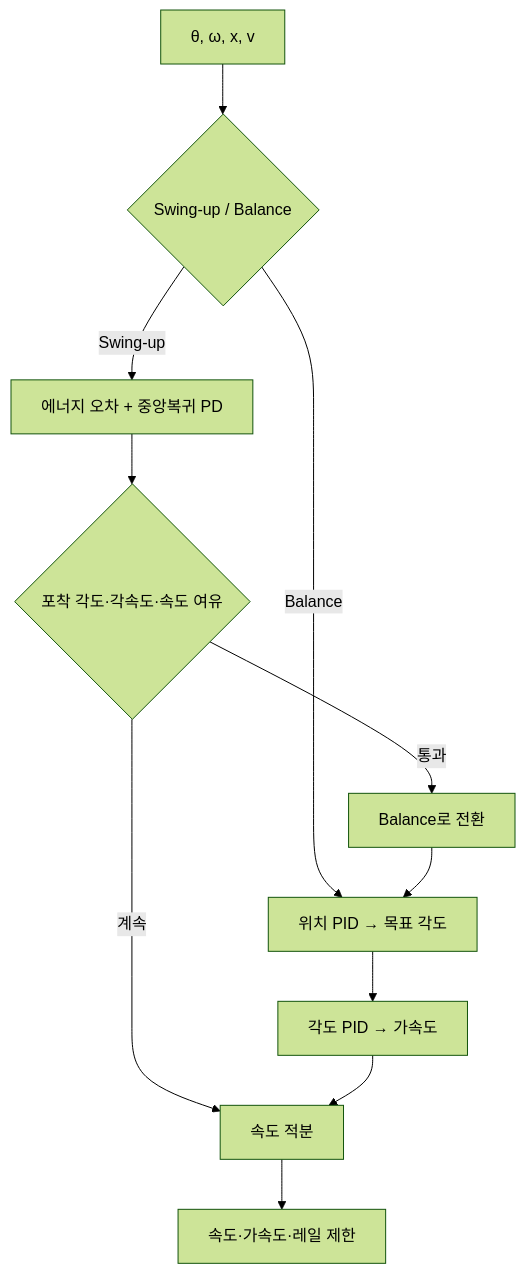
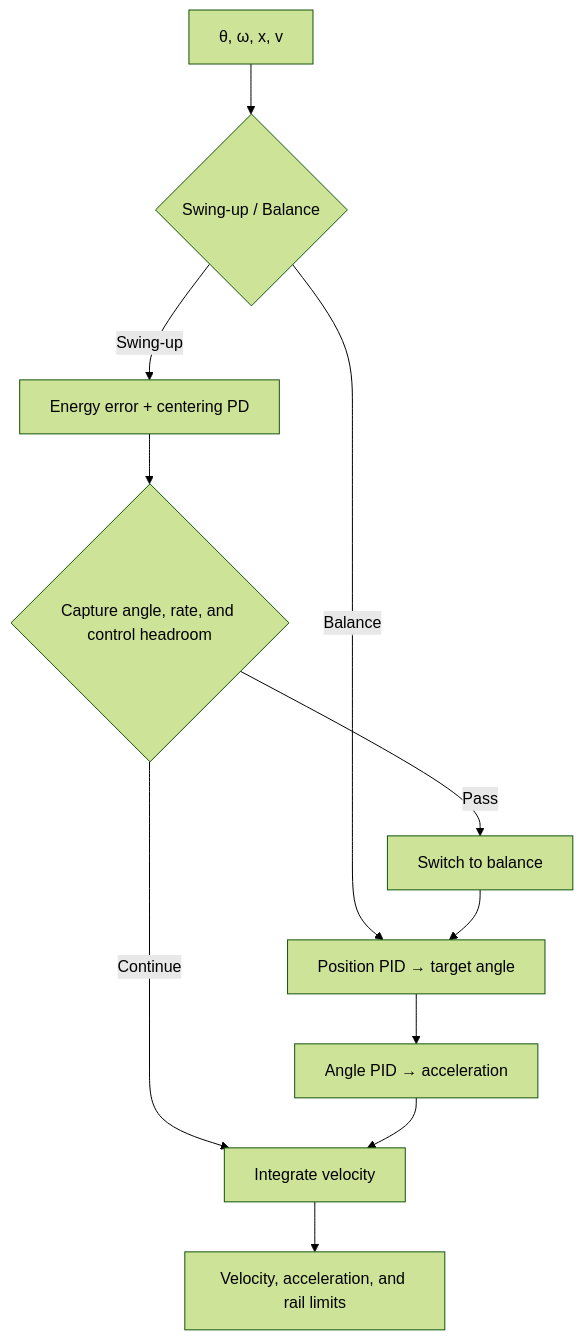
One commit to sim-red-line/single-stage-vision-cartpole changed the second of 2 diagrams in README.md. Above: the diagram before and after it, drawn with Mermaid (forest theme). The commit also changed other lines of this file and 18 other files, not shown here.

```diff
--- a/README.md
+++ b/README.md
@@ -62,13 +64,13 @@
 ~~~mermaid
 flowchart TD
     A["θ, ω, x, v"] --> B{"Swing-up / Balance"}
-    B -->|Swing-up| C["에너지 오차 + 중앙복귀 PD"]
-    C --> D{"포착 각도·각속도·속도 여유"}
-    D -->|통과| E["Balance로 전환"]
-    D -->|계속| F["속도 적분"]
-    B -->|Balance| G["위치 PID → 목표 각도"]
+    B -->|Swing-up| C["Energy error + centering PD"]
+    C --> D{"Capture angle, rate, and control headroom"}
+    D -->|Pass| E["Switch to balance"]
+    D -->|Continue| F["Integrate velocity"]
+    B -->|Balance| G["Position PID → target angle"]
     E --> G
-    G --> H["각도 PID → 가속도"]
+    G --> H["Angle PID → acceleration"]
     H --> F
-    F --> I["속도·가속도·레일 제한"]
+    F --> I["Velocity, acceleration, and rail limits"]
 ~~~
```
